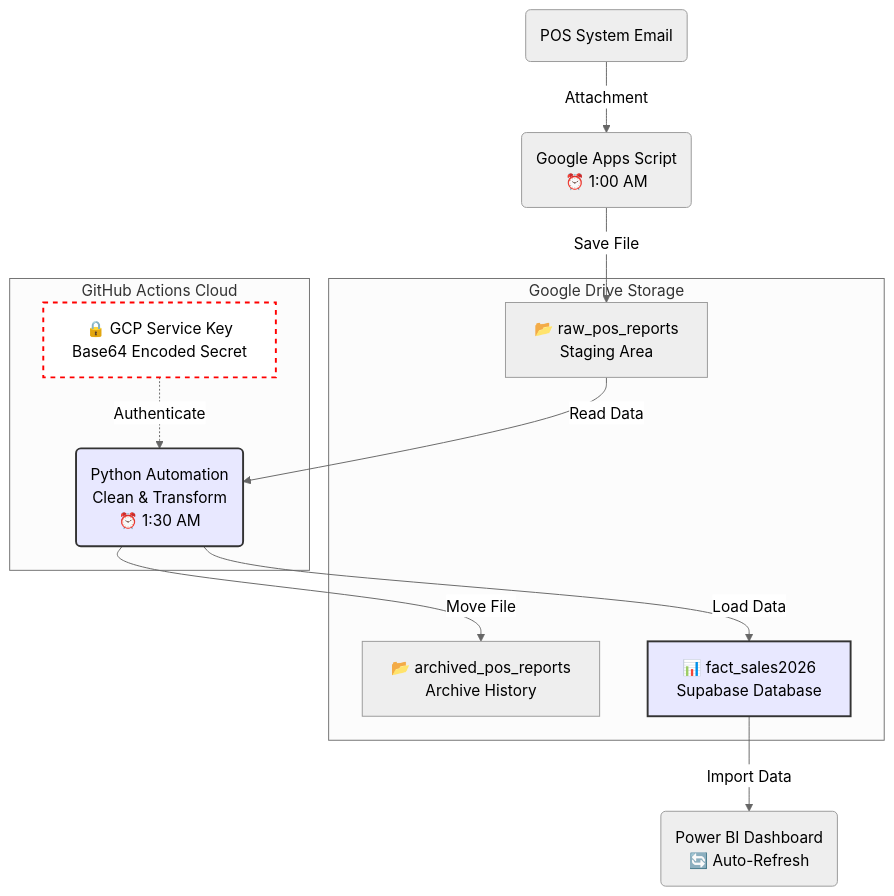
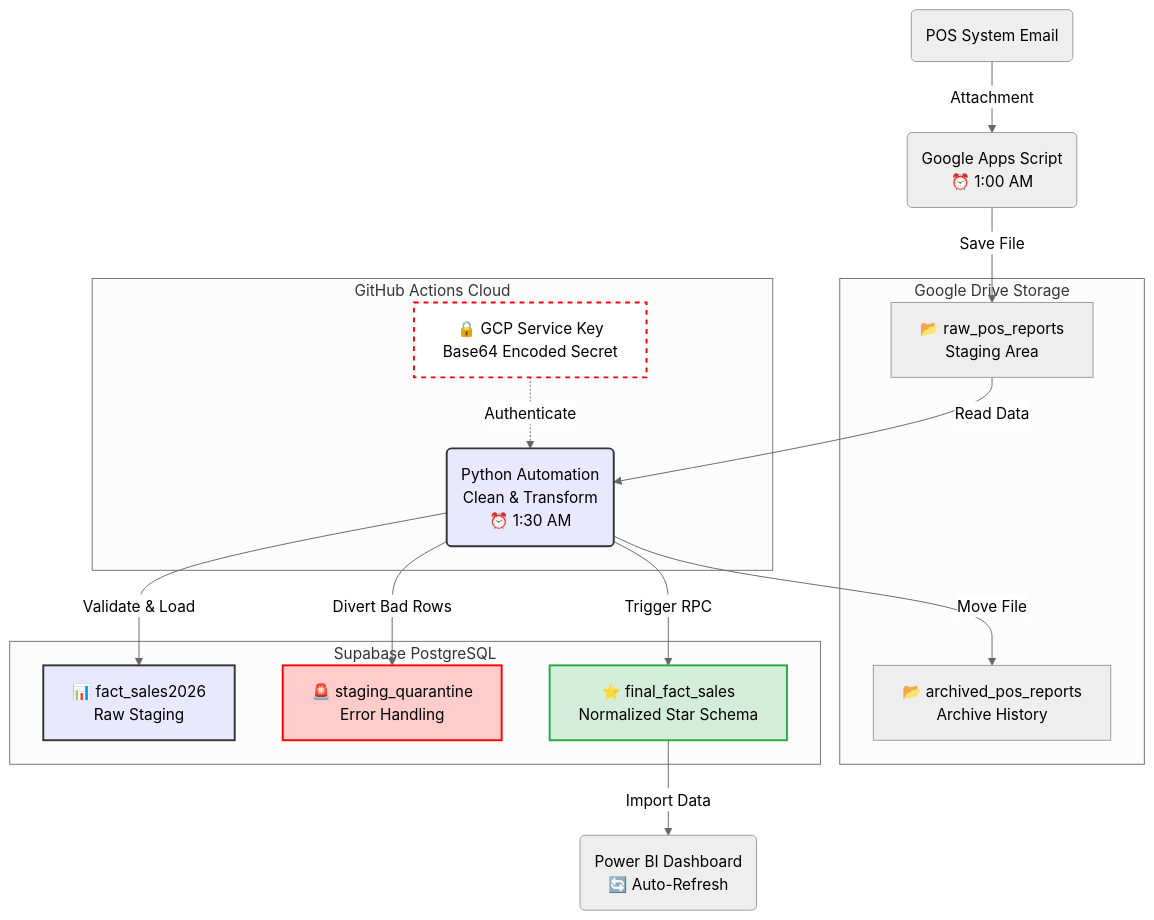
Before and after one commit to robimengote/Amante-s-Supabase-Full-Cloud-ETL-Pipeline: the diagram in README.md, drawn with Mermaid (neutral theme). The commit also changed other lines of this file, not shown here.

````diff
--- a/README.md
+++ b/README.md
@@ -40,36 +40,45 @@
 ```mermaid
 graph TD
     %% Nodes
     POS(POS System Email)
     GAS(Google Apps Script <br/> ⏰ 1:00 AM)
     
     subgraph Google_Drive [Google Drive Storage]
         RAW[📂 raw_pos_reports <br/> Staging Area]
         ARCHIVE_POS_REPORTS[📂 archived_pos_reports <br/> Archive History]
-        MASTER_REPORT_FILE[📊 fact_sales2026<br/> Supabase Database]
     end
     
     subgraph GitHub_Cloud [GitHub Actions Cloud]
         PY(Python Automation <br/> Clean & Transform <br/> ⏰ 1:30 AM)
         SECRET[🔒 GCP Service Key <br/> Base64 Encoded Secret]
+    end
+
+    subgraph Supabase_Database [Supabase PostgreSQL]
+        STAGING_TABLE[📊 fact_sales2026<br/> Raw Staging]
+        QUARANTINE_TABLE[🚨 staging_quarantine<br/> Error Handling]
+        FINAL_FACT[⭐ final_fact_sales<br/> Normalized Star Schema]
     end
     
     PBI(Power BI Dashboard <br/> 🔄 Auto-Refresh)
     
     %% Connections
     POS -->|Attachment| GAS
     GAS -->|Save File| RAW
     
     RAW -->|Read Data| PY
     SECRET -.->|Authenticate| PY
     
-    PY -->|Load Data| MASTER_REPORT_FILE
+    PY -->|Validate & Load| STAGING_TABLE
+    PY -->|Divert Bad Rows| QUARANTINE_TABLE
+    PY -->|Trigger RPC| FINAL_FACT
     PY -->|Move File| ARCHIVE_POS_REPORTS
     
-    MASTER_REPORT_FILE -->|Import Data| PBI
+    FINAL_FACT -->|Import Data| PBI
     
     %% Styling
     style PY fill:#E8E8FF,stroke:#333,stroke-width:2px
-    style MASTER_REPORT_FILE fill:#E8E8FF,stroke:#333,stroke-width:2px
+    style STAGING_TABLE fill:#E8E8FF,stroke:#333,stroke-width:2px
+    style QUARANTINE_TABLE fill:#FFCCCC,stroke:#FF0000,stroke-width:2px
+    style FINAL_FACT fill:#D4EDDA,stroke:#28A745,stroke-width:2px
     style SECRET fill:#fff,stroke:#f00,stroke-width:2px,stroke-dasharray: 5 5
 ```
````
